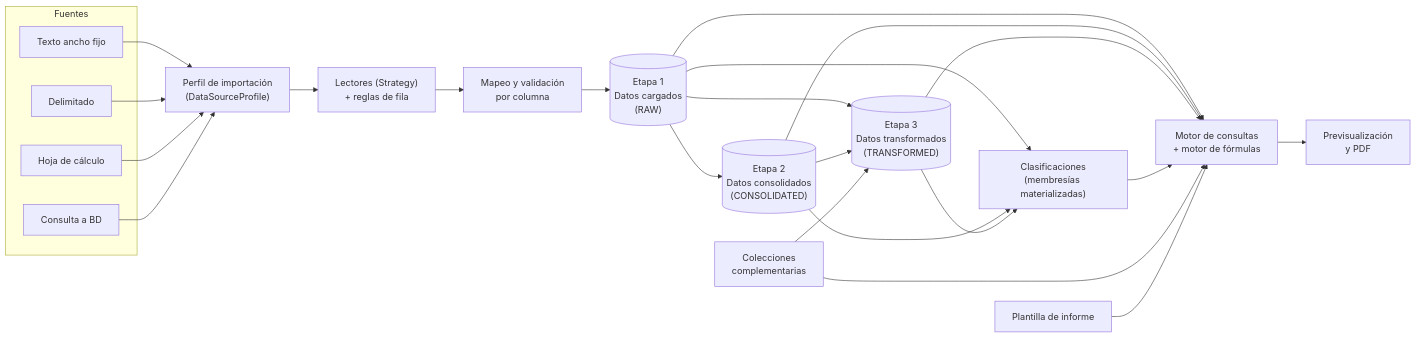
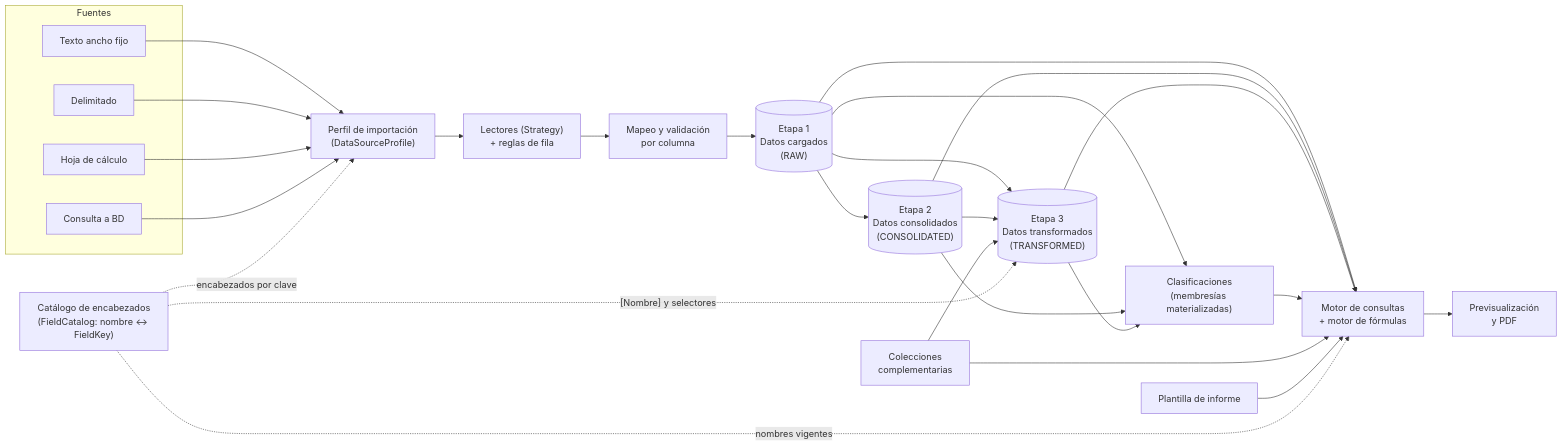
Before and after one commit to Axel-Esquivel/Asisteglt_v2: the fourth of 6 diagrams in docs/02-arquitectura.md, drawn with Mermaid. The commit also changed other lines of this file and 10 other files, not shown here.

````diff
--- a/docs/02-arquitectura.md
+++ b/docs/02-arquitectura.md
@@ -180,40 +212,44 @@
 ```mermaid
 flowchart LR
     subgraph fuentes["Fuentes"]
         txt["Texto ancho fijo"]
         csv["Delimitado"]
         xls["Hoja de cálculo"]
         db["Consulta a BD"]
     end
 
+    catalogo["Catálogo de encabezados<br/>(FieldCatalog: nombre ↔ FieldKey)"]
     perfil["Perfil de importación<br/>(DataSourceProfile)"]
     lector["Lectores (Strategy)<br/>+ reglas de fila"]
     valid["Mapeo y validación<br/>por columna"]
     raw[("Etapa 1<br/>Datos cargados<br/>(RAW)")]
     cons[("Etapa 2<br/>Datos consolidados<br/>(CONSOLIDATED)")]
     trans[("Etapa 3<br/>Datos transformados<br/>(TRANSFORMED)")]
     clas["Clasificaciones<br/>(membresías materializadas)"]
     col["Colecciones<br/>complementarias"]
     motor["Motor de consultas<br/>+ motor de fórmulas"]
     tpl["Plantilla de informe"]
     out["Previsualización<br/>y PDF"]
 
     txt --> perfil
     csv --> perfil
     xls --> perfil
     db --> perfil
     perfil --> lector --> valid --> raw
     raw --> cons
     raw --> trans
     cons --> trans
     raw --> clas
     cons --> clas
     trans --> clas
     raw --> motor
     cons --> motor
     trans --> motor
     clas --> motor
     col --> motor
     col --> trans
     tpl --> motor --> out
+    catalogo -.->|encabezados por clave| perfil
+    catalogo -.->|"[Nombre] y selectores"| trans
+    catalogo -.->|nombres vigentes| motor
 ```
````
